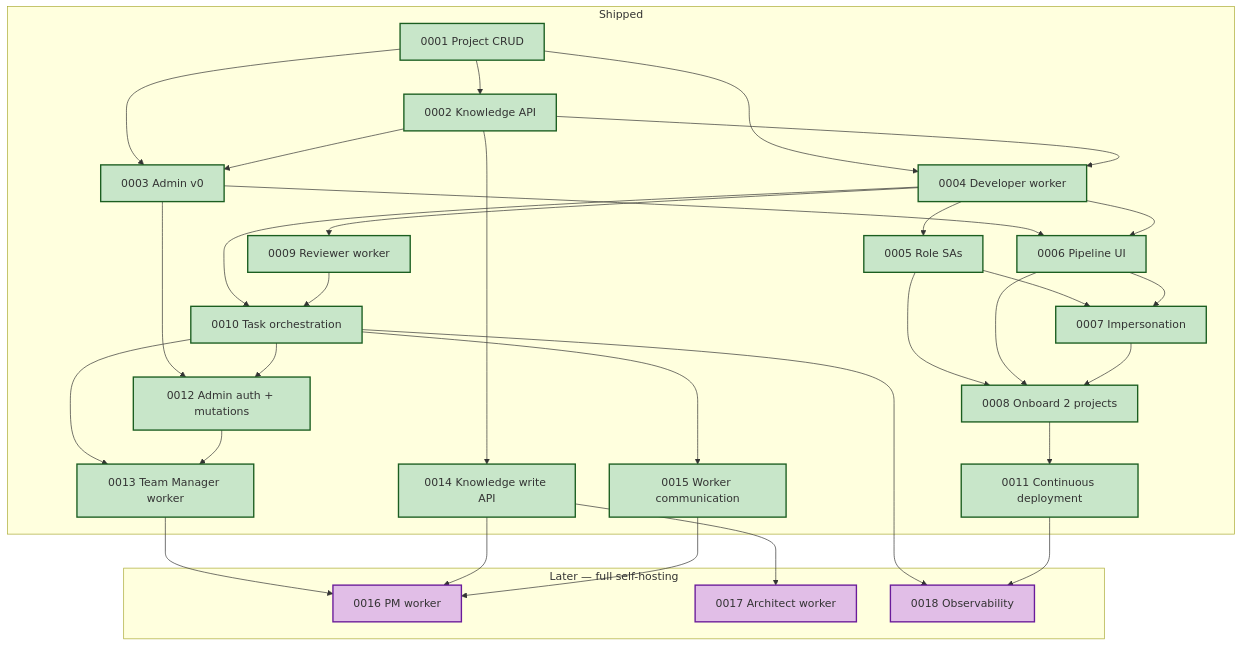
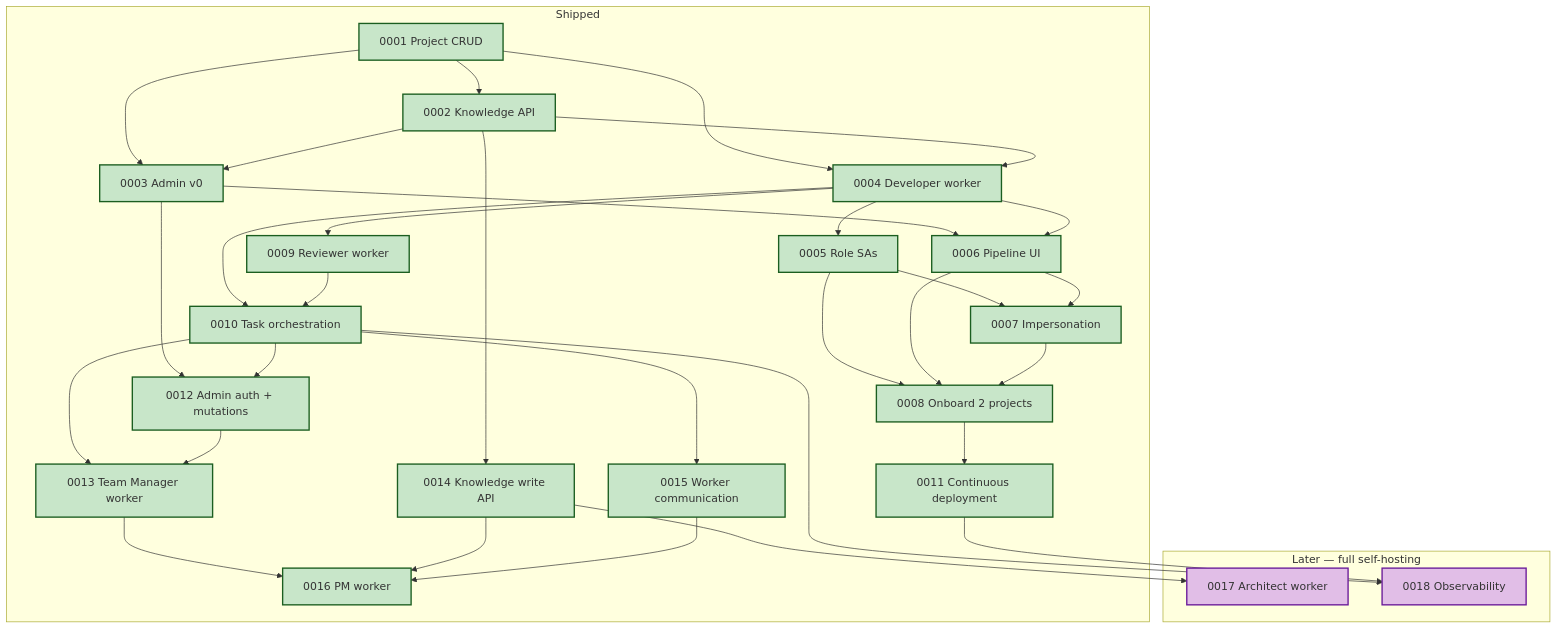
One commit to coder-devx/coder-system changed the diagram in system/product-specs/ROADMAP.md. Above: the diagram before and after it, drawn with Mermaid. The commit also changed other lines of this file and 7 other files, not shown here.

````diff
--- a/system/product-specs/ROADMAP.md
+++ b/system/product-specs/ROADMAP.md
@@ -306,70 +310,70 @@
 ```mermaid
 flowchart TB
   subgraph shipped [Shipped]
     s1["0001 Project CRUD"]
     s2["0002 Knowledge API"]
     s3["0003 Admin v0"]
     s4["0004 Developer worker"]
     s5["0005 Role SAs"]
     s6["0006 Pipeline UI"]
     s7["0007 Impersonation"]
     s8["0008 Onboard 2 projects"]
     s9["0009 Reviewer worker"]
     s10["0010 Task orchestration"]
     s11["0011 Continuous deployment"]
     s12["0012 Admin auth + mutations"]
     s13["0013 Team Manager worker"]
     s14["0014 Knowledge write API"]
     s15["0015 Worker communication"]
+    s16["0016 PM worker"]
   end
 
   subgraph later ["Later — full self-hosting"]
-    s16["0016 PM worker"]
     s17["0017 Architect worker"]
     s18["0018 Observability"]
   end
 
   %% Shipped internal deps
   s1 --> s2
   s1 --> s3
   s1 --> s4
   s2 --> s3
   s2 --> s4
   s3 --> s6
   s4 --> s5
   s4 --> s6
   s5 --> s7
   s6 --> s7
   s5 --> s8
   s6 --> s8
   s7 --> s8
 
   %% Now deps
   s4 --> s9
   s4 --> s10
   s9 --> s10
   s8 --> s11
   s3 --> s12
   s10 --> s12
 
   %% Next deps
   s10 --> s13
   s12 --> s13
   s2 --> s14
   s10 --> s15
 
   %% Later deps
   s13 --> s16
   s14 --> s16
   s15 --> s16
   s14 --> s17
   s10 --> s18
   s11 --> s18
 
   classDef shipped fill:#c8e6c9,stroke:#1b5e20,stroke-width:2px
   classDef next fill:#bbdefb,stroke:#1565c0,stroke-width:2px
   classDef later fill:#e1bee7,stroke:#6a1b9a,stroke-width:2px
 
-  class s1,s2,s3,s4,s5,s6,s7,s8,s9,s10,s11,s12,s13,s14,s15 shipped
-  class s16,s17,s18 later
+  class s1,s2,s3,s4,s5,s6,s7,s8,s9,s10,s11,s12,s13,s14,s15,s16 shipped
+  class s17,s18 later
 ```
````
